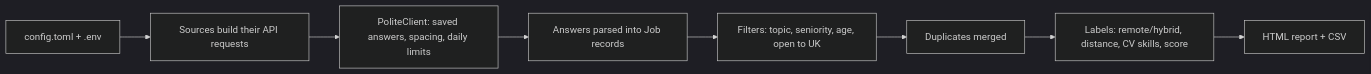
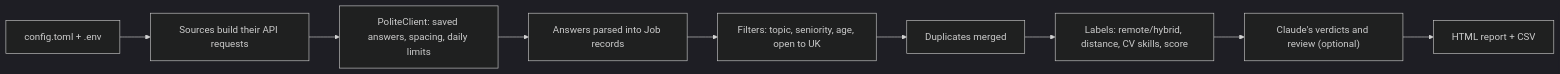
One commit to IllyaHanslip/data-job-finder changed the diagram in README.md. Above: the diagram before and after it, drawn with Mermaid (dark theme). The commit also changed other lines of this file, not shown here.

First line of the commit message:
Bring the README up to date with the review box and AI searches

````diff
--- a/README.md
+++ b/README.md
@@ -129,10 +129,11 @@
 ```mermaid
 flowchart LR
     A[config.toml + .env] --> B[Sources build their API requests]
     B --> C[PoliteClient: saved answers, spacing, daily limits]
     C --> D[Answers parsed into Job records]
     D --> E[Filters: topic, seniority, age, open to UK]
     E --> F[Duplicates merged]
     F --> G[Labels: remote/hybrid, distance, CV skills, score]
-    G --> H[HTML report + CSV]
+    G --> I["Claude's verdicts and review (optional)"]
+    I --> H[HTML report + CSV]
 ```
````
